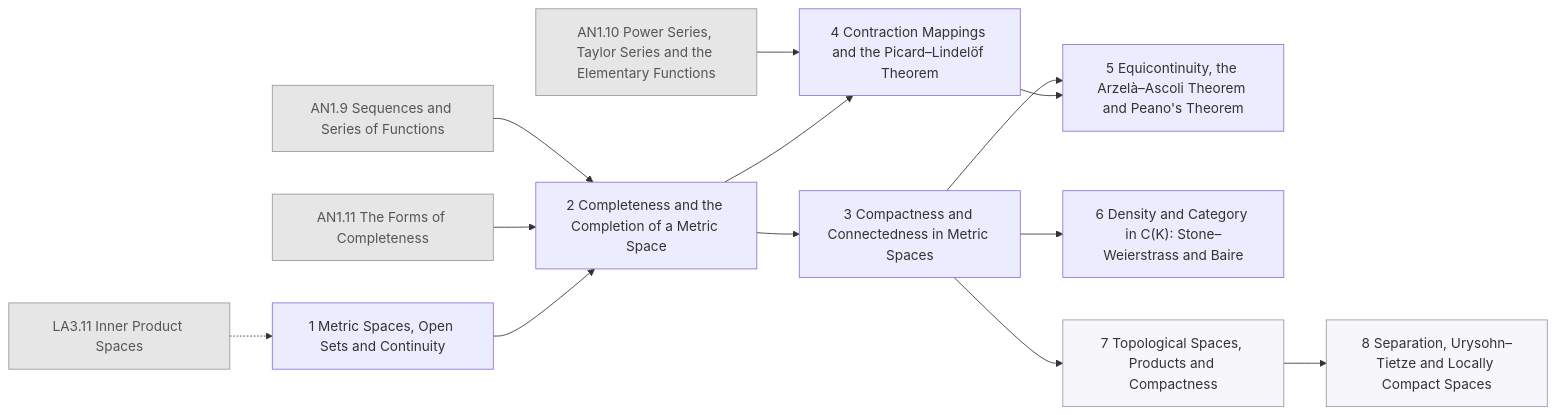
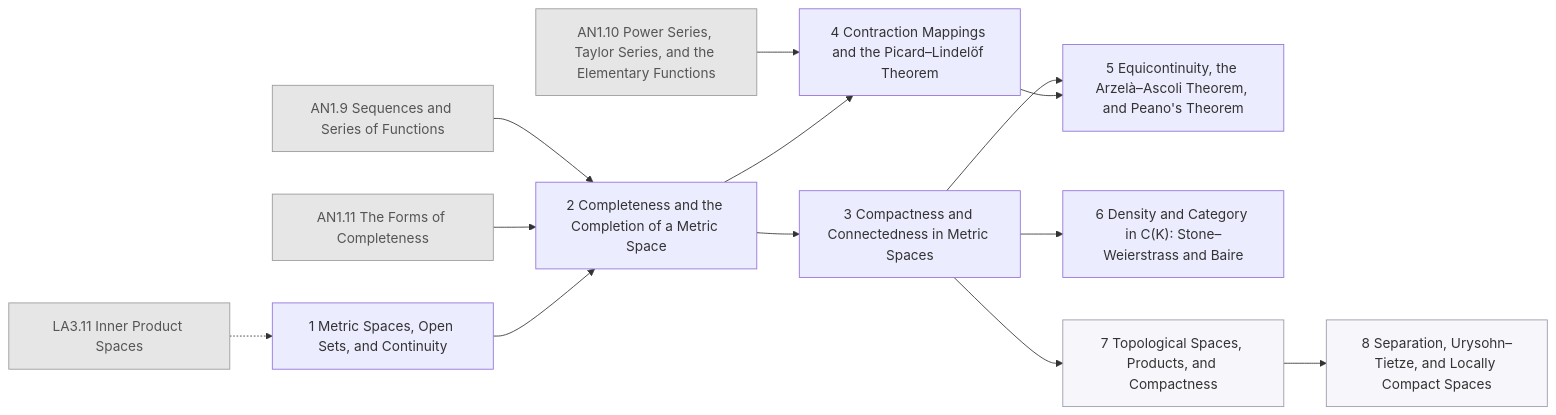
Before and after one commit to AkizumiFox/math-atlas: diagram 11 of 26 in generated/README.md, drawn with Mermaid. The commit also changed other lines of this file and 24 other files, not shown here.

````diff
--- a/generated/README.md
+++ b/generated/README.md
@@ -291,30 +291,30 @@
 ```mermaid
 flowchart LR
   AN1_9["AN1.9 Sequences and Series of Functions"]:::ext
-  AN1_10["AN1.10 Power Series, Taylor Series and the Elementary Functions"]:::ext
+  AN1_10["AN1.10 Power Series, Taylor Series, and the Elementary Functions"]:::ext
   AN1_11["AN1.11 The Forms of Completeness"]:::ext
   LA3_11["LA3.11 Inner Product Spaces"]:::ext
-  AN2_1["1 Metric Spaces, Open Sets and Continuity"]
+  AN2_1["1 Metric Spaces, Open Sets, and Continuity"]
   AN2_2["2 Completeness and the Completion of a Metric Space"]
   AN2_3["3 Compactness and Connectedness in Metric Spaces"]
   AN2_4["4 Contraction Mappings and the Picard–Lindelöf Theorem"]
-  AN2_5["5 Equicontinuity, the Arzelà–Ascoli Theorem and Peano's Theorem"]
+  AN2_5["5 Equicontinuity, the Arzelà–Ascoli Theorem, and Peano's Theorem"]
   AN2_6["6 Density and Category in C(K): Stone–Weierstrass and Baire"]
-  AN2_7["7 Topological Spaces, Products and Compactness"]:::segb
-  AN2_8["8 Separation, Urysohn–Tietze and Locally Compact Spaces"]:::segb
+  AN2_7["7 Topological Spaces, Products, and Compactness"]:::segb
+  AN2_8["8 Separation, Urysohn–Tietze, and Locally Compact Spaces"]:::segb
   LA3_11 -.-> AN2_1
   AN1_9 --> AN2_2
   AN1_11 --> AN2_2
   AN2_1 --> AN2_2
   AN2_2 --> AN2_3
   AN1_10 --> AN2_4
   AN2_2 --> AN2_4
   AN2_3 --> AN2_5
   AN2_4 --> AN2_5
   AN2_3 --> AN2_6
   AN2_3 --> AN2_7
   AN2_7 --> AN2_8
   classDef ext fill:#e6e6e6,stroke:#999,color:#555
   classDef opt fill:#fff,stroke:#999,stroke-dasharray:4 3,color:#555
   classDef segb fill:#f6f6fb,stroke:#99a,color:#333
 ```
````
